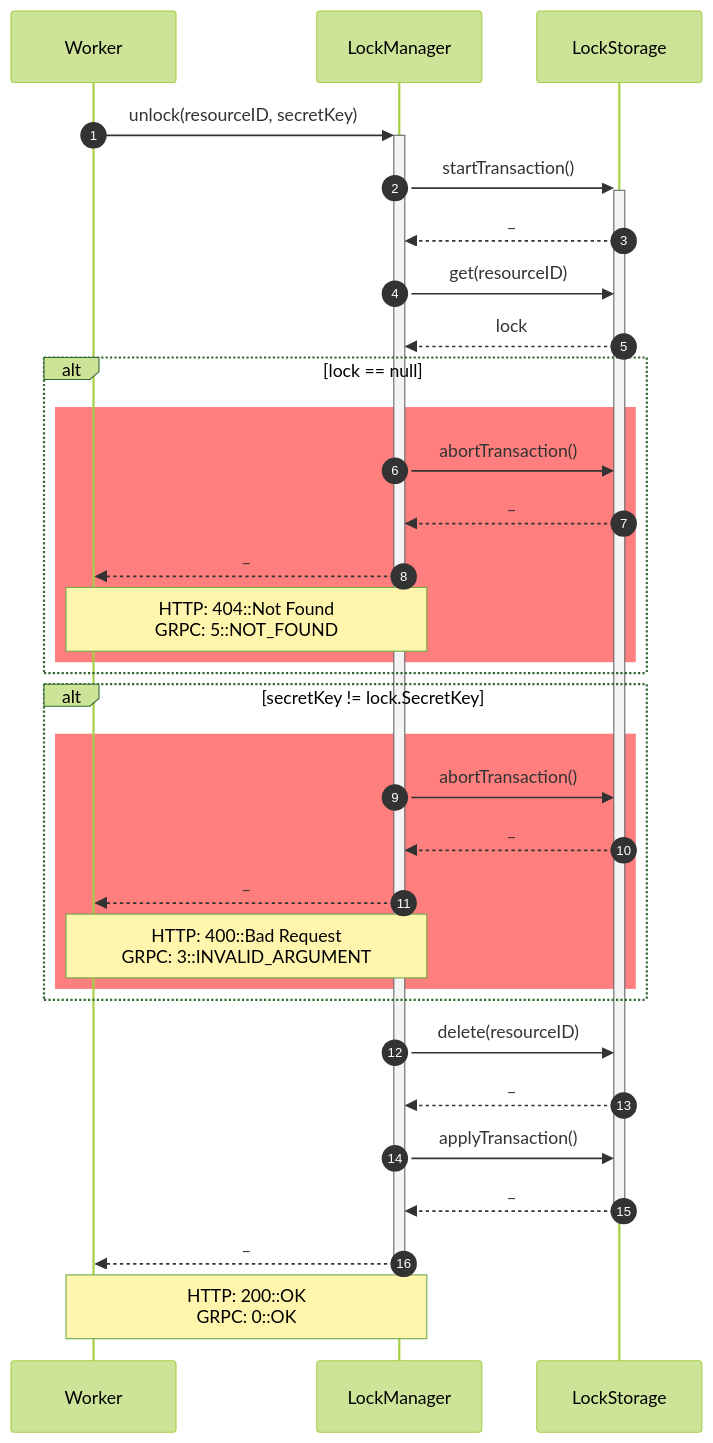
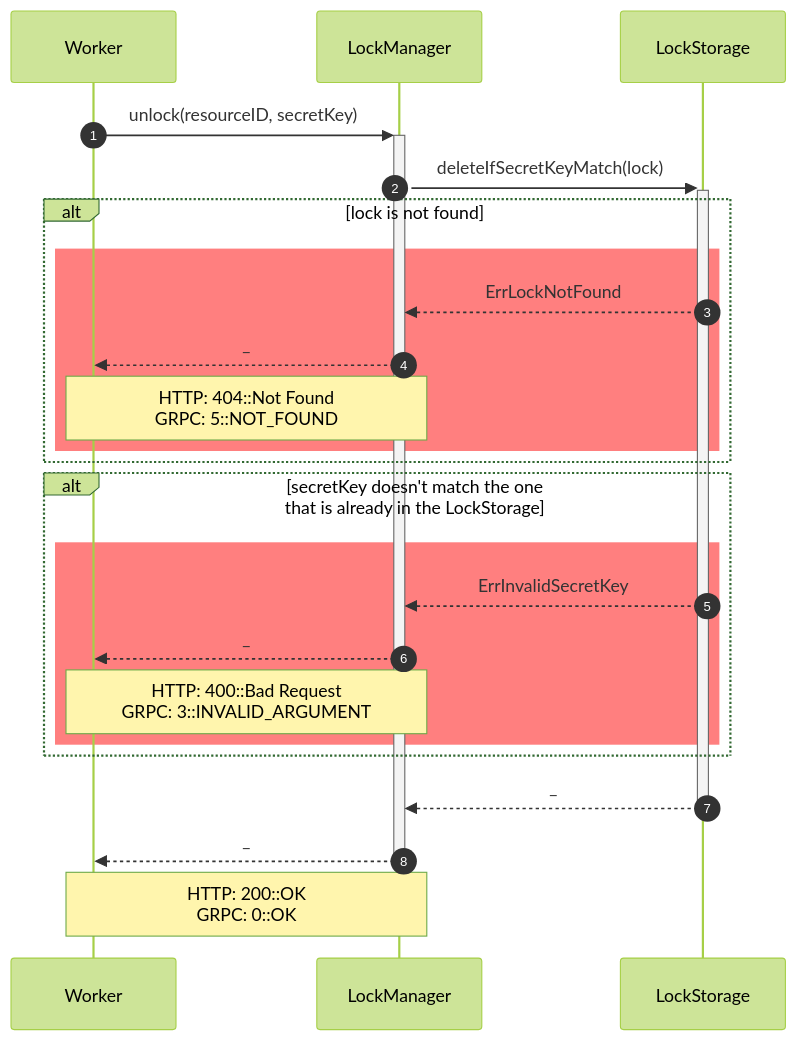
Before and after one commit to ruslanSorokin/lock-manager: the diagram in docs/lock-manager/src/sequence/unlock.mmd, drawn with Mermaid (forest theme). The commit also changed 4 other files, not shown here.

```diff
--- a/docs/lock-manager/src/sequence/unlock.mmd
+++ b/docs/lock-manager/src/sequence/unlock.mmd
@@ -1,33 +1,25 @@
 sequenceDiagram
   autonumber
   participant w as Worker
   participant lm as LockManager
   participant ls as LockStorage
 
   w->>+lm: unlock(resourceID, secretKey)
-  lm->>+ls: startTransaction()
-  ls-->>lm: _
-  lm->>ls: get(resourceID)
-  ls-->>lm: lock
-  alt lock == null
+  lm->>+ls: deleteIfSecretKeyMatch(lock)
+  alt lock is not found
     rect rgba(255, 0, 0, 0.5)
-      lm->>ls: abortTransaction()
-      ls-->>lm: _
+      ls-->>lm: ErrLockNotFound
       lm-->>w: _
       Note over w,lm: HTTP: 404::Not Found<br>GRPC: 5::NOT_FOUND
     end
   end
-  alt secretKey != lock.SecretKey
+  alt secretKey doesn't match the one that is already in the LockStorage
     rect rgba(255, 0, 0, 0.5)
-      lm->>ls: abortTransaction()
-      ls-->>lm: _
+      ls-->>lm: ErrInvalidSecretKey
       lm-->>w: _
       Note over w,lm: HTTP: 400::Bad Request<br>GRPC: 3::INVALID_ARGUMENT
     end
   end
-  lm->>ls: delete(resourceID)
-  ls-->>lm: _
-  lm->>ls: applyTransaction()
   ls-->>-lm: _
   lm-->>-w: _
   Note over w,lm: HTTP: 200::OK<br>GRPC: 0::OK
```
